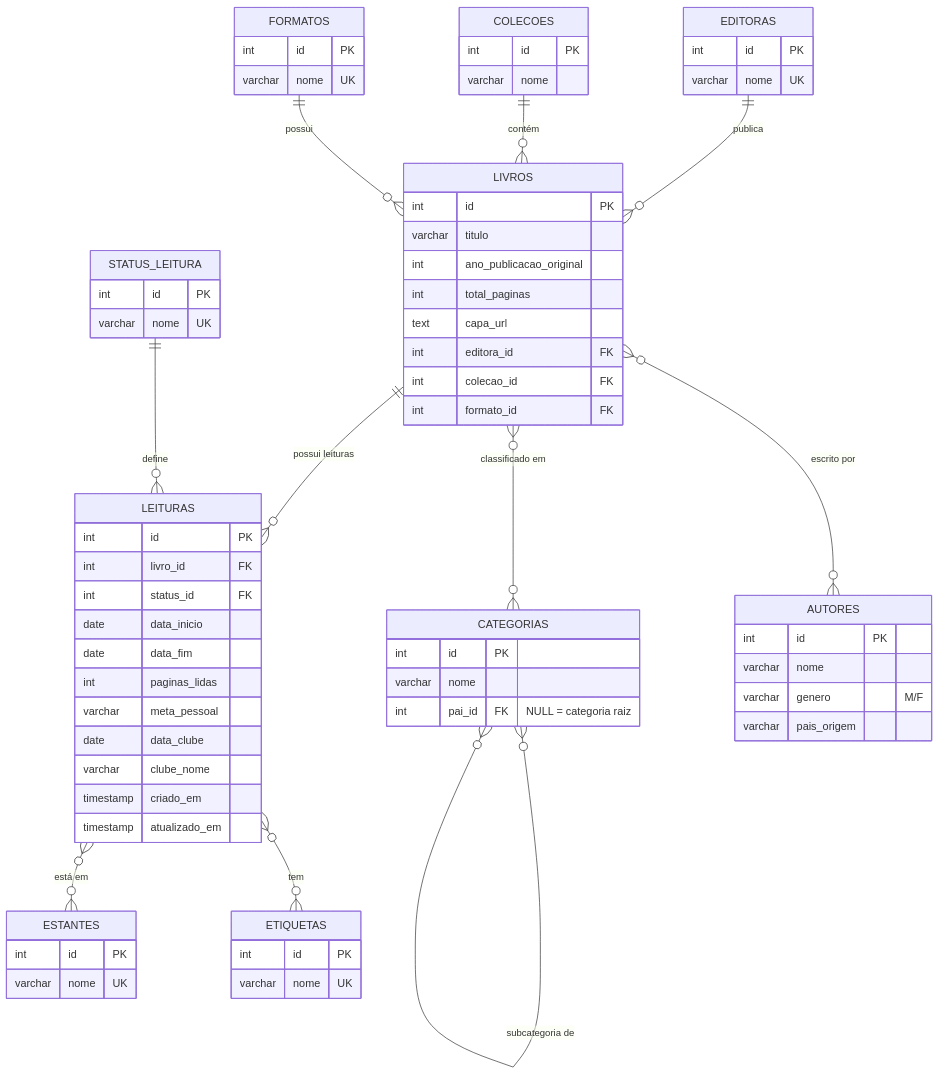
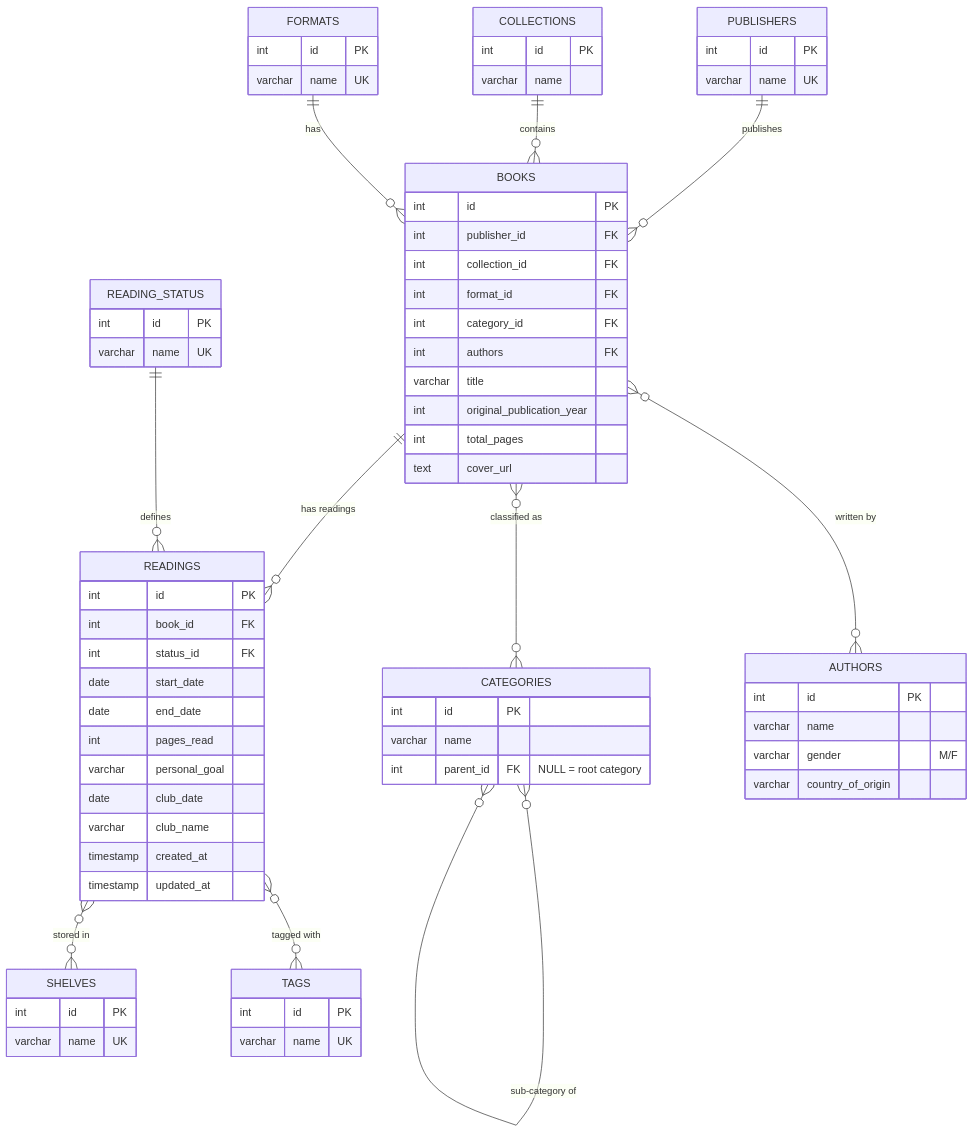
The diagram in README.md (rafaelladuarte/booktrack-fastapi), drawn with Mermaid before and after one commit. The commit also changed other lines of this file and 22 other files, not shown here.

````diff
--- a/README.md
+++ b/README.md
@@ -28,105 +38,108 @@
 ```mermaid
 erDiagram
-    %% ========== 1. DIMENSÕES BÁSICAS ==========
-    AUTORES {
+    %% ========== 1. BASIC DIMENSIONS ==========
+    AUTHORS {
         int id PK
-        varchar nome
-        varchar genero "M/F"
-        varchar pais_origem
+        varchar name
+        varchar gender "M/F"
+        varchar country_of_origin
     }
 
-    EDITORAS {
+    PUBLISHERS {
         int id PK
-        varchar nome UK
+        varchar name UK
     }
 
-    COLECOES {
+    COLLECTIONS {
         int id PK
-        varchar nome
+        varchar name
     }
 
-    ESTANTES {
+    SHELVES {
         int id PK
-        varchar nome UK
+        varchar name UK
     }
 
-    FORMATOS {
+    FORMATS {
         int id PK
-        varchar nome UK
+        varchar name UK
     }
 
-    STATUS_LEITURA {
+    READING_STATUS {
         int id PK
-        varchar nome UK
+        varchar name UK
     }
 
-    ETIQUETAS {
+    TAGS {
         int id PK
-        varchar nome UK
+        varchar name UK
     }
 
-    %% ========== 2. CATEGORIAS HIERÁRQUICAS ==========
-    CATEGORIAS {
+    %% ========== 2. HIERARCHICAL CATEGORIES ==========
+    CATEGORIES {
         int id PK
-        varchar nome
-        int pai_id FK "NULL = categoria raiz"
+        varchar name
+        int parent_id FK "NULL = root category"
     }
 
-    %% ========== 3. LIVRO (com TODOS os campos corretos) ==========
-    LIVROS {
+    %% ========== 3. BOOKS ==========
+    BOOKS {
         int id PK
-        varchar titulo
-        int ano_publicacao_original
-        int total_paginas
-        text capa_url
-        int editora_id FK
-        int colecao_id FK
-        int formato_id FK
+        int publisher_id FK
+        int collection_id FK
+        int format_id FK
+        int category_id FK 
+        int authors FK
+        varchar title
+        int original_publication_year
+        int total_pages
+        text cover_url
+        
     }
 
-    %% ========== 5. LEITURAS ==========
-    LEITURAS {
+    %% ========== 5. READINGS ==========
+    READINGS {
         int id PK
-        int livro_id FK
+        int book_id FK
         int status_id FK
-        date data_inicio
-        date data_fim
-        int paginas_lidas
-        varchar meta_pessoal
-        date data_clube
-        varchar clube_nome
-        timestamp criado_em
-        timestamp atualizado_em
+        date start_date
+        date end_date
+        int pages_read
+        varchar personal_goal
+        date club_date
+        varchar club_name
+        timestamp created_at
+        timestamp updated_at
     }
 
-    %% ========== RELACIONAMENTOS ==========
-    %% Livro → Editoras (1:N)
-    EDITORAS ||--o{ LIVROS : "publica"
+    %% ========== RELATIONSHIPS ==========
+    %% Book → Publishers (1:N)
+    PUBLISHERS ||--o{ BOOKS : "publishes"
 
-    %% Livro → Coleções (1:N)
-    COLECOES ||--o{ LIVROS : "contém"
+    %% Book → Collections (1:N)
+    COLLECTIONS ||--o{ BOOKS : "contains"
 
-    %% Livro → Formatos (1:N)
-    FORMATOS ||--o{ LIVROS : "possui"
+    %% Book → Formats (1:N)
+    FORMATS ||--o{ BOOKS : "has"
 
-    %% Livro → Autores (N:N)
-    LIVROS }o--o{ AUTORES : "escrito por"
+    %% Book → Authors (N:N)
+    BOOKS }o--o{ AUTHORS : "written by"
 
-    %% Livro → Categorias (N:N)
-    LIVROS }o--o{ CATEGORIAS : "classificado em"
+    %% Book → Categories (N:N)
+    BOOKS }o--o{ CATEGORIES : "classified as"
 
-    %% Categorias hierárquicas (auto-relacionamento)
-    CATEGORIAS }o--o{ CATEGORIAS : "subcategoria de"
+    %% Category → Category (self-relationship)
+    CATEGORIES }o--o{ CATEGORIES : "sub-category of"
 
-    %% Leitura → Livro (N:1)
-    LIVROS ||--o{ LEITURAS : "possui leituras"
+    %% Reading → Book (N:1)
+    BOOKS ||--o{ READINGS : "has readings"
 
-    %% Leitura → Status (N:1)
-    STATUS_LEITURA ||--o{ LEITURAS : "define"
+    %% Reading → ReadingStatus (N:1)
+    READING_STATUS ||--o{ READINGS : "defines"
 
-    %% Leitura → Etiquetas (N:N)
-    LEITURAS }o--o{ ETIQUETAS : "tem"
+    %% Reading → Tags (N:N)
+    READINGS }o--o{ TAGS : "tagged with"
 
-    %% Leitura → Estantes (N:N)
-    LEITURAS }o--o{ ESTANTES : "está em"
+    %% Reading → Shelves (N:N)
+    READINGS }o--o{ SHELVES : "stored in"
 ```
````
